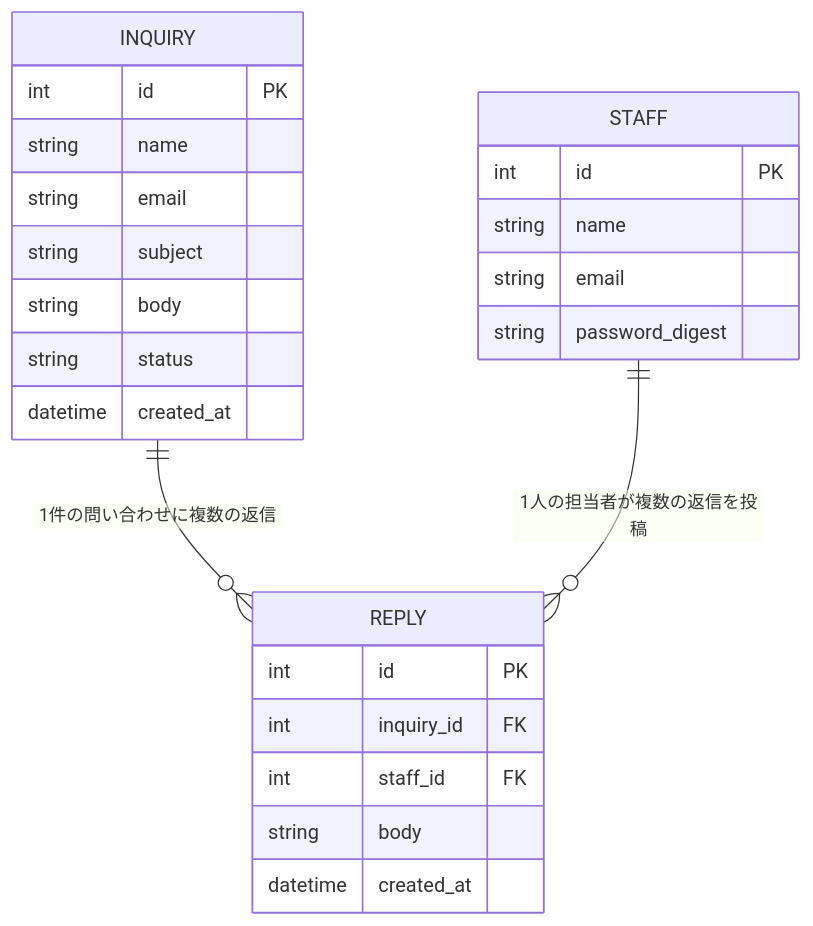
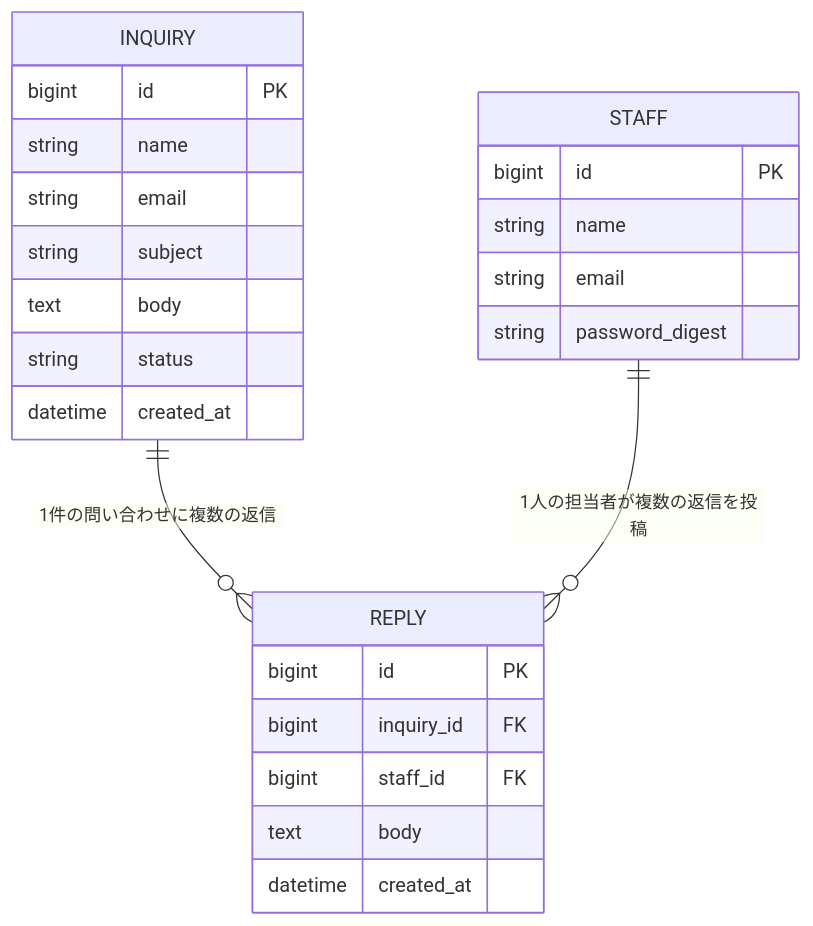
Before and after one commit to takahiromorikawa/InquiryManagement: the diagram in docs/database.md, drawn with Mermaid. The commit also changed other lines of this file and 8 other files, not shown here.

````diff
--- a/docs/database.md
+++ b/docs/database.md
@@ -43,28 +46,28 @@
 ```mermaid
 erDiagram
     INQUIRY ||--o{ REPLY : "1件の問い合わせに複数の返信"
     STAFF ||--o{ REPLY : "1人の担当者が複数の返信を投稿"
 
     INQUIRY {
-        int id PK
+        bigint id PK
         string name
         string email
         string subject
-        string body
+        text body
         string status
         datetime created_at
     }
     REPLY {
-        int id PK
-        int inquiry_id FK
-        int staff_id FK
-        string body
+        bigint id PK
+        bigint inquiry_id FK
+        bigint staff_id FK
+        text body
         datetime created_at
     }
     STAFF {
-        int id PK
+        bigint id PK
         string name
         string email
         string password_digest
     }
 ```
````
